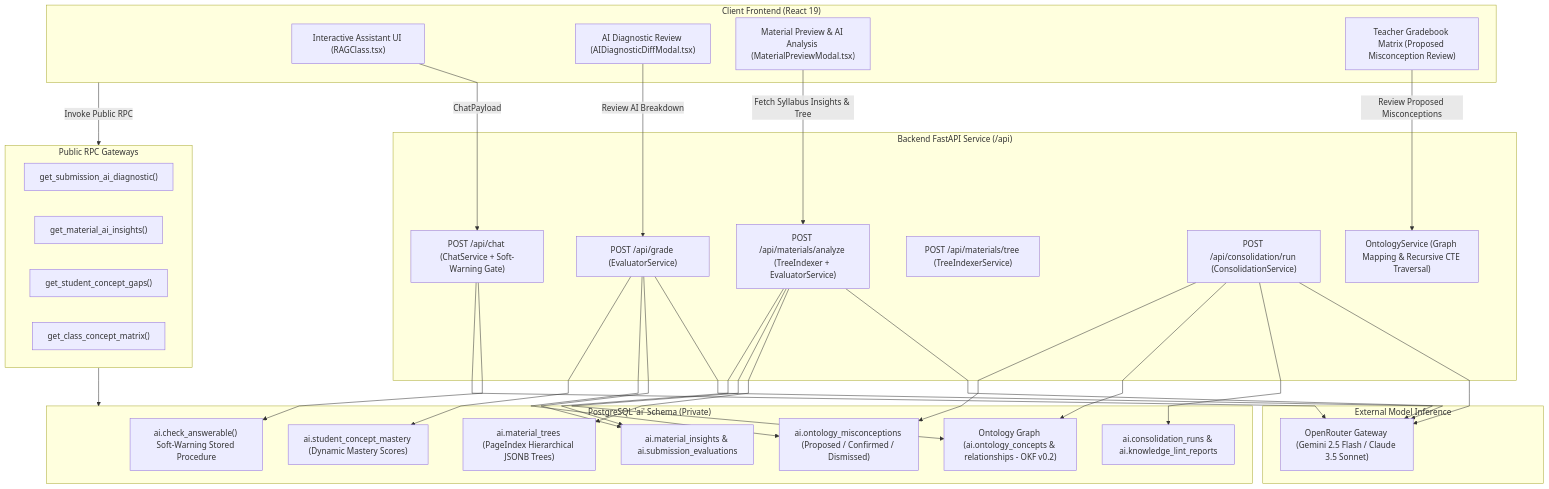
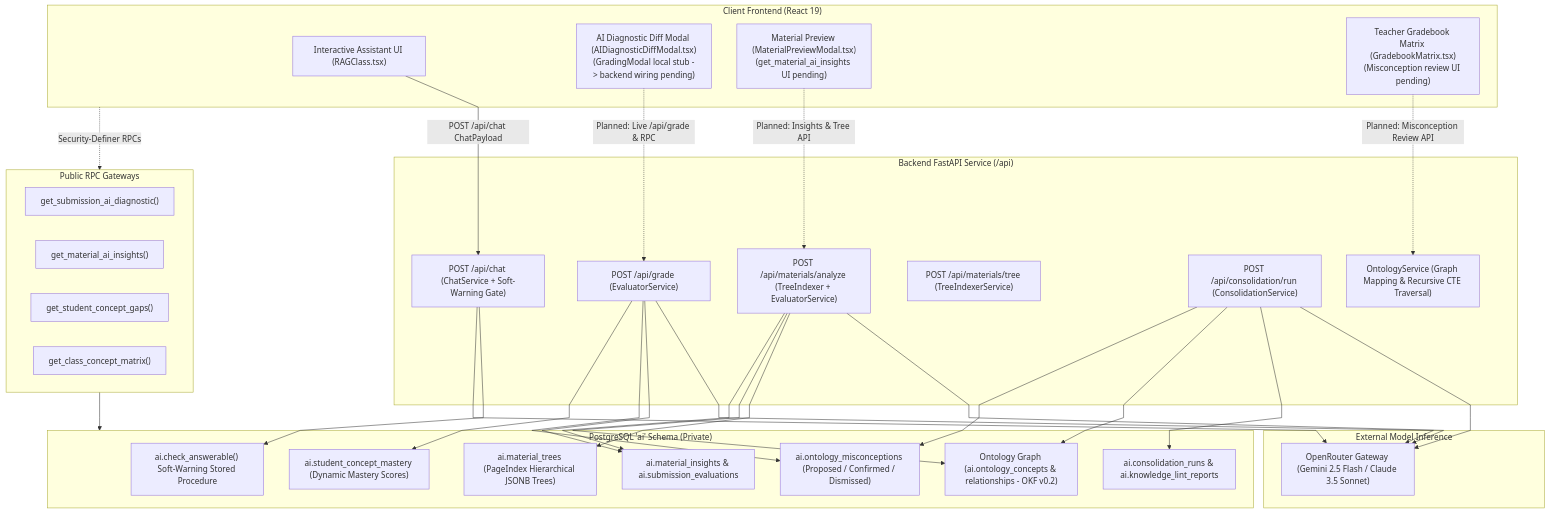
Before and after one commit to VictorBravo9er/Teacher-Assistant-Workspace: the first of 3 diagrams in docs/systems/ai_and_ontology_subsystem.md, drawn with Mermaid. The commit also changed other lines of this file and 43 other files, not shown here.

````diff
--- a/docs/systems/ai_and_ontology_subsystem.md
+++ b/docs/systems/ai_and_ontology_subsystem.md
@@ -9,66 +9,66 @@
 ```mermaid
 %%{init: {'flowchart': {'curve': 'linear'}}}%%
 flowchart TB
     subgraph ClientUI["Client Frontend (React 19)"]
         ChatUI["Interactive Assistant UI (RAGClass.tsx)"]
-        DiffModal["AI Diagnostic Review (AIDiagnosticDiffModal.tsx)"]
-        MatModal["Material Preview & AI Analysis (MaterialPreviewModal.tsx)"]
-        Gradebook["Teacher Gradebook Matrix (Proposed Misconception Review)"]
+        DiffModal["AI Diagnostic Diff Modal (AIDiagnosticDiffModal.tsx)\n(GradingModal local stub -> backend wiring pending)"]
+        MatModal["Material Preview (MaterialPreviewModal.tsx)\n(get_material_ai_insights UI pending)"]
+        Gradebook["Teacher Gradebook Matrix (GradebookMatrix.tsx)\n(Misconception review UI pending)"]
     end
 
     subgraph BackendGateway["Backend FastAPI Service (/api)"]
         ChatEndpoint["POST /api/chat (ChatService + Soft-Warning Gate)"]
         GradeEndpoint["POST /api/grade (EvaluatorService)"]
         AnalyzeEndpoint["POST /api/materials/analyze (TreeIndexer + EvaluatorService)"]
         TreeEndpoint["POST /api/materials/tree (TreeIndexerService)"]
         ConsolidateEndpoint["POST /api/consolidation/run (ConsolidationService)"]
         OntologySvc["OntologyService (Graph Mapping & Recursive CTE Traversal)"]
     end
 
     subgraph AISchemaBoundary["PostgreSQL 'ai' Schema (Private)"]
         TreeStore["ai.material_trees (PageIndex Hierarchical JSONB Trees)"]
         OntologyGraph["Ontology Graph (ai.ontology_concepts & relationships - OKF v0.2)"]
         ConceptMastery["ai.student_concept_mastery (Dynamic Mastery Scores)"]
         MisconceptionsTable["ai.ontology_misconceptions (Proposed / Confirmed / Dismissed)"]
         InsightsTable["ai.material_insights & ai.submission_evaluations"]
         ConsolidationLogs["ai.consolidation_runs & ai.knowledge_lint_reports"]
         AnswerableGate["ai.check_answerable() Soft-Warning Stored Procedure"]
     end
 
     subgraph GatewayRPCs["Public RPC Gateways"]
         RPC1["get_submission_ai_diagnostic()"]
         RPC2["get_material_ai_insights()"]
         RPC3["get_student_concept_gaps()"]
         RPC4["get_class_concept_matrix()"]
     end
 
     subgraph LLMProviders["External Model Inference"]
         OpenRouter["OpenRouter Gateway (Gemini 2.5 Flash / Claude 3.5 Sonnet)"]
     end
 
-    ChatUI -->|ChatPayload| ChatEndpoint
-    DiffModal -->|Review AI Breakdown| GradeEndpoint
-    MatModal -->|Fetch Syllabus Insights & Tree| AnalyzeEndpoint
-    Gradebook -->|Review Proposed Misconceptions| OntologySvc
+    ChatUI -->|POST /api/chat ChatPayload| ChatEndpoint
+    DiffModal -.->|"Planned: Live /api/grade & RPC"| GradeEndpoint
+    MatModal -.->|"Planned: Insights & Tree API"| AnalyzeEndpoint
+    Gradebook -.->|"Planned: Misconception Review API"| OntologySvc
 
     ChatEndpoint --> AnswerableGate
     ChatEndpoint --> OpenRouter
     GradeEndpoint --> OpenRouter
     AnalyzeEndpoint --> OpenRouter
     ConsolidateEndpoint --> OpenRouter
 
     GradeEndpoint --> InsightsTable
     GradeEndpoint --> MisconceptionsTable
     GradeEndpoint --> ConceptMastery
 
     AnalyzeEndpoint --> TreeStore
     AnalyzeEndpoint --> OntologyGraph
     AnalyzeEndpoint --> InsightsTable
 
     ConsolidateEndpoint --> ConsolidationLogs
     ConsolidateEndpoint --> OntologyGraph
     ConsolidateEndpoint --> MisconceptionsTable
 
-    ClientUI -->|Invoke Public RPC| GatewayRPCs
+    ClientUI -.->|Security-Definer RPCs| GatewayRPCs
     GatewayRPCs --> AISchemaBoundary
 ```
````
